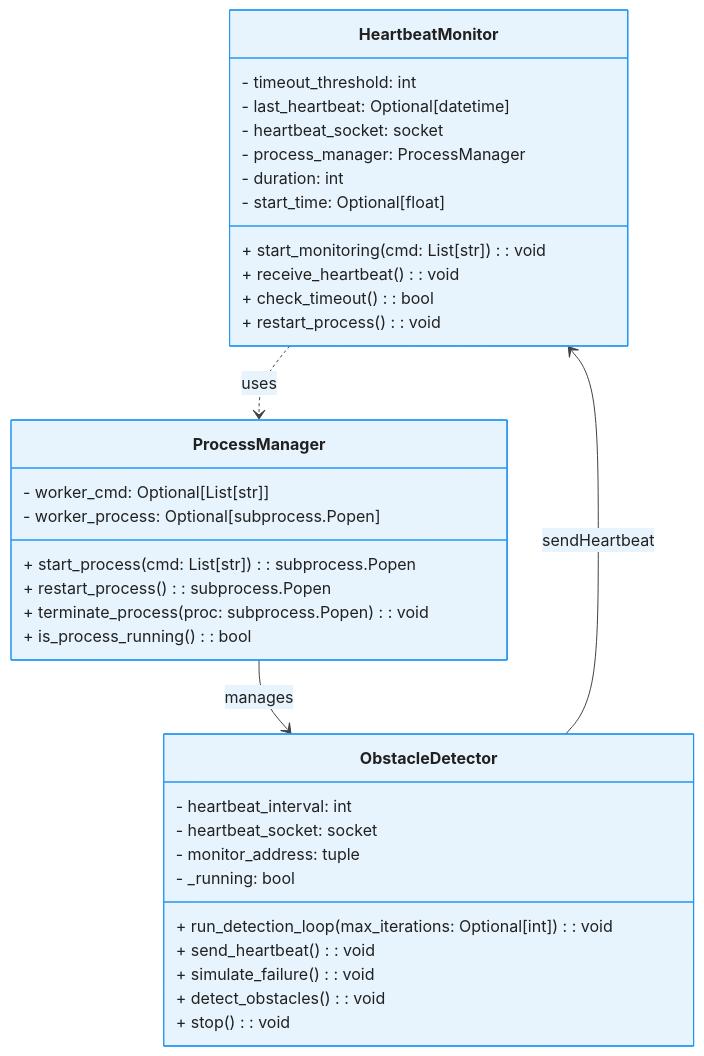
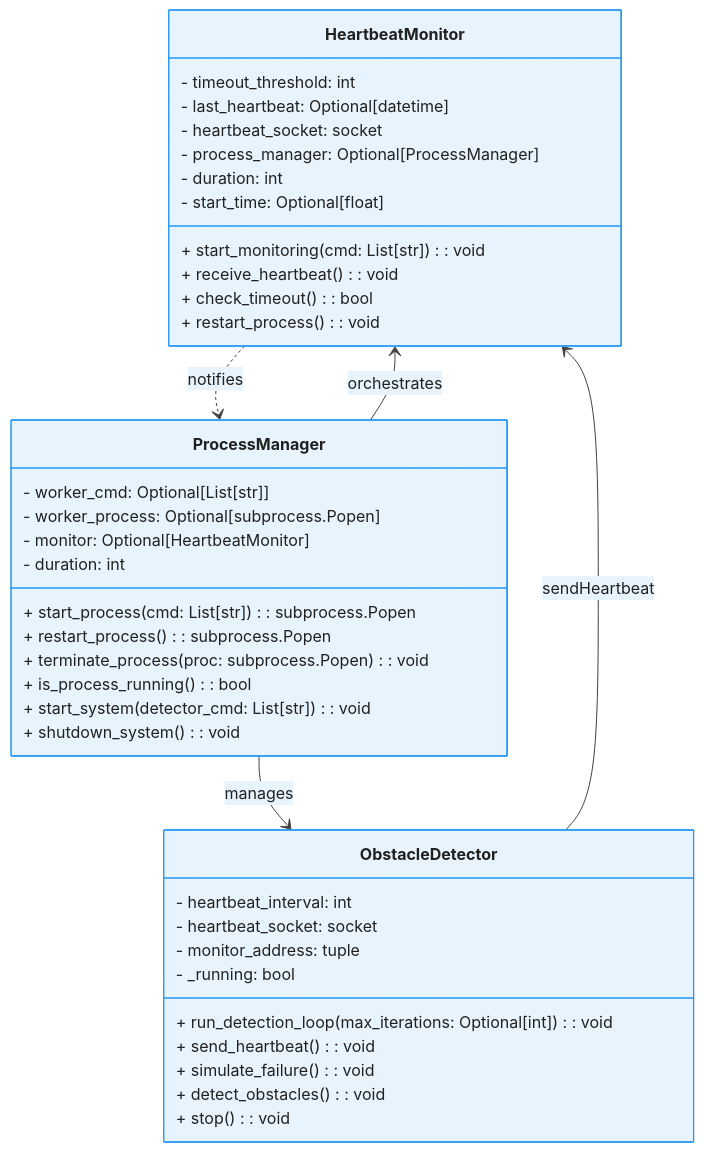
The diagram in docs/class.mermaid (ajbarea/heartbeat-obstacle-detector), drawn with Mermaid before and after one commit. The commit also changed 10 other files, not shown here.

First line of the commit message:
feat: introduce ProcessManager as system orchestrator

```diff
--- a/docs/class.mermaid
+++ b/docs/class.mermaid
@@ -1,67 +1,72 @@
 ---
 config:
   theme: 'base'
   themeVariables:
     primaryColor: '#E8F4FD'
     primaryBorderColor: '#2196F3'
     primaryTextColor: '#1565C0'
     secondaryColor: '#F3E5F5'
     secondaryBorderColor: '#9C27B0'
     secondaryTextColor: '#6A1B9A'
     tertiaryColor: '#E8F5E8'
     tertiaryBorderColor: '#4CAF50'
     tertiaryTextColor: '#2E7D32'
     lineColor: '#424242'
     background: '#FAFAFA'
     textColor: '#212121'
     nodeTextColor: '#1565C0'
     edgeLabelBackground: '#FFFFFF'
     clusterBkg: '#F5F5F5'
     clusterBorder: '#BDBDBD'
     fillType0: '#E3F2FD'
     fillType1: '#F3E5F5'
     fillType2: '#E8F5E8'
     fillType3: '#FFF3E0'
     fillType4: '#FCE4EC'
     fillType5: '#F1F8E9'
     fillType6: '#E0F2F1'
     fillType7: '#FFF8E1'
 ---
 classDiagram
     class HeartbeatMonitor {
         - timeout_threshold: int
         - last_heartbeat: Optional[datetime]
         - heartbeat_socket: socket
-        - process_manager: ProcessManager
+        - process_manager: Optional[ProcessManager]
         - duration: int
         - start_time: Optional[float]
         + start_monitoring(cmd: List[str]): void
         + receive_heartbeat(): void
         + check_timeout(): bool
         + restart_process(): void
     }
 
     class ProcessManager {
         - worker_cmd: Optional[List[str]]
         - worker_process: Optional[subprocess.Popen]
+        - monitor: Optional[HeartbeatMonitor]
+        - duration: int
         + start_process(cmd: List[str]): subprocess.Popen
         + restart_process(): subprocess.Popen
         + terminate_process(proc: subprocess.Popen): void
         + is_process_running(): bool
+        + start_system(detector_cmd: List[str]): void
+        + shutdown_system(): void
     }
 
     class ObstacleDetector {
         - heartbeat_interval: int
         - heartbeat_socket: socket
         - monitor_address: tuple
         - _running: bool
         + run_detection_loop(max_iterations: Optional[int]): void
         + send_heartbeat(): void
         + simulate_failure(): void
         + detect_obstacles(): void
         + stop(): void
     }
 
-    HeartbeatMonitor ..> ProcessManager : uses
+    ProcessManager --> HeartbeatMonitor : orchestrates
     ProcessManager --> ObstacleDetector : manages
     ObstacleDetector --> HeartbeatMonitor : sendHeartbeat
+    HeartbeatMonitor ..> ProcessManager : notifies
```
